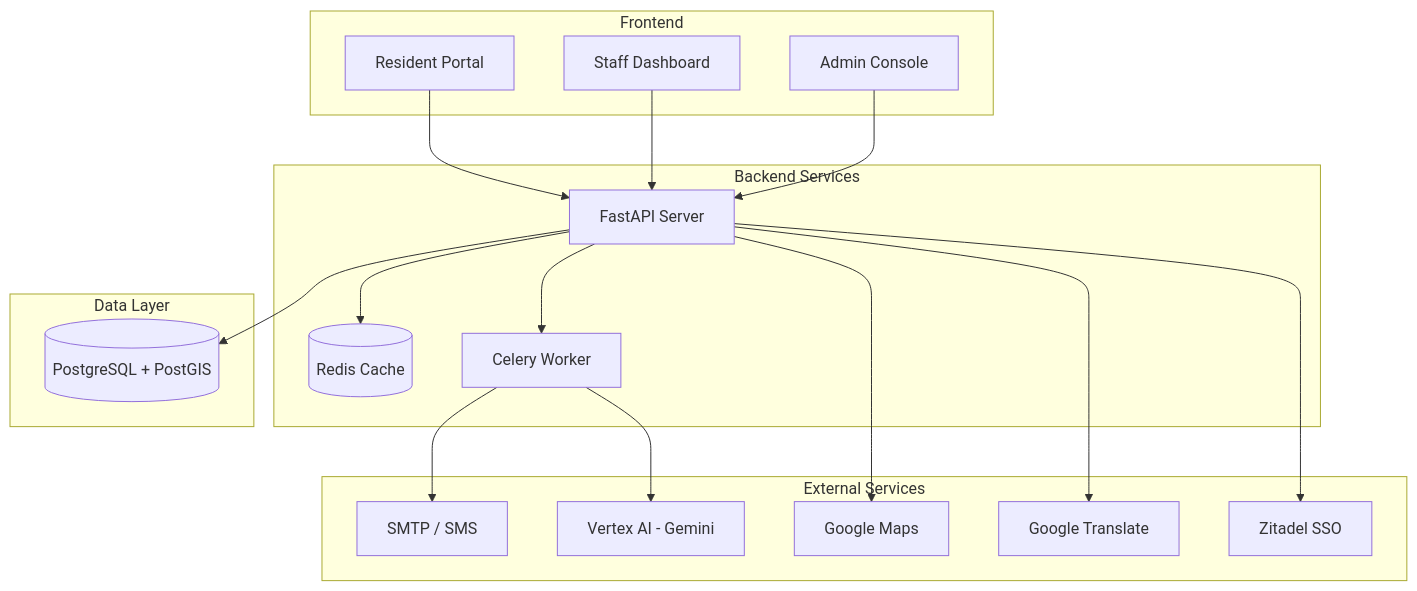
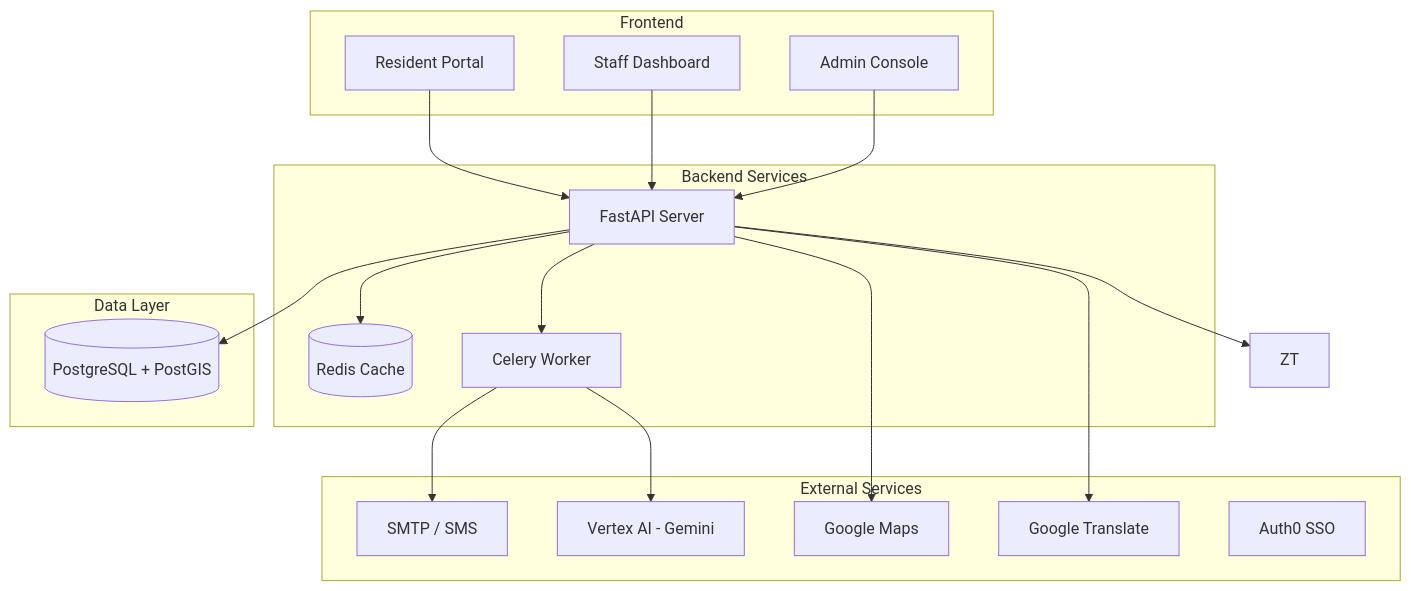
One commit to Pinpoint-311/Pinpoint-311 changed the first of 3 diagrams in README.md. Above: the diagram before and after it, drawn with Mermaid. The commit also changed other lines of this file and 1 other file, not shown here.

First line of the commit message:
Update docs: Auth0 migration + dynamic security badges

````diff
--- a/README.md
+++ b/README.md
@@ -82,41 +88,41 @@
 ```mermaid
 graph TB
     subgraph "Frontend"
         RP[Resident Portal]
         SP[Staff Dashboard]
         AC[Admin Console]
     end
 
     subgraph "Backend Services"
         API[FastAPI Server]
         WK[Celery Worker]
         RD[(Redis Cache)]
     end
 
     subgraph "Data Layer"
         PG[(PostgreSQL + PostGIS)]
     end
 
     subgraph "External Services"
         VA[Vertex AI - Gemini]
         GM[Google Maps]
         GT[Google Translate]
         SM[SMTP / SMS]
-        ZT[Zitadel SSO]
+        A0[Auth0 SSO]
     end
 
     RP --> API
     SP --> API
     AC --> API
     
     API --> PG
     API --> RD
     API --> WK
     
     WK --> SM
     WK --> VA
     
     API --> GM
     API --> GT
     API --> ZT
 ```
````
